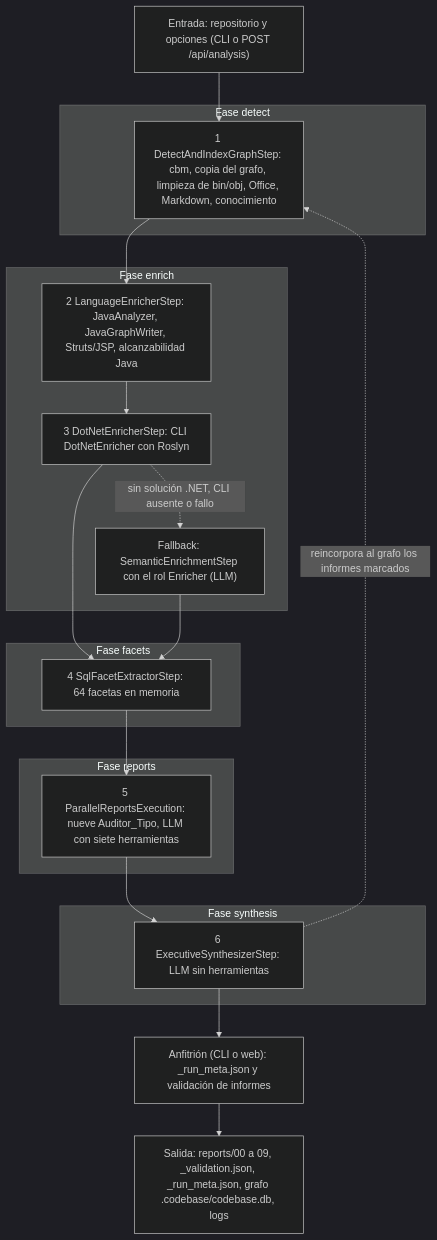
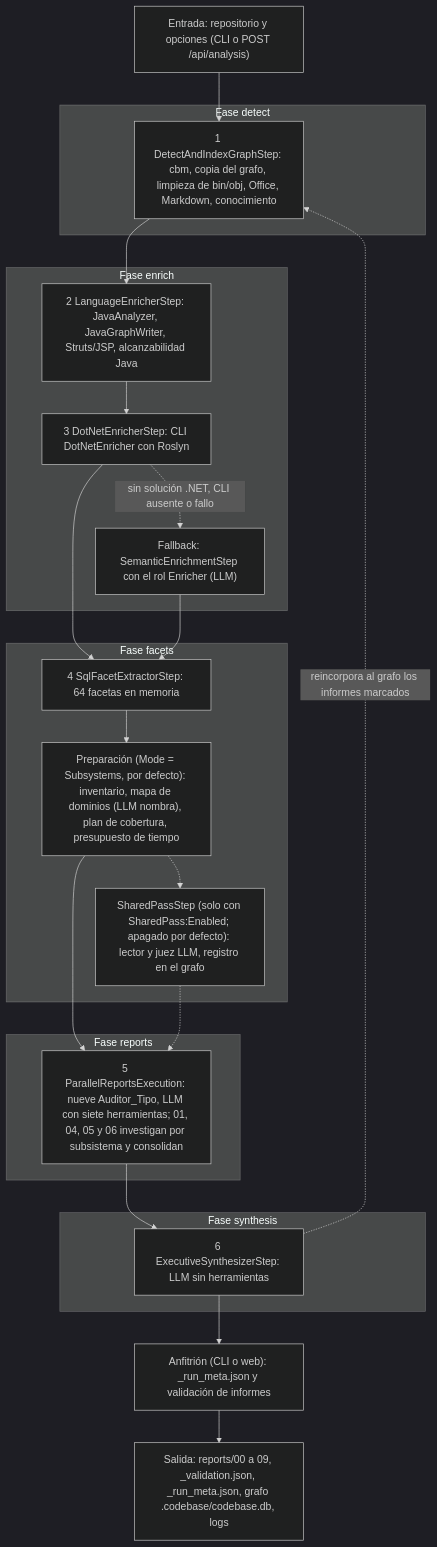
Before and after one commit to jlrozano/AITaskAgent: the diagram in docs/guides/flujo-completo-app-analisis.md, drawn with Mermaid (dark theme). The commit also changed other lines of this file and 87 other files, not shown here.

First line of the commit message:
docs: bring guides, references, READMEs and diagrams in line with the code

````diff
--- a/docs/guides/flujo-completo-app-analisis.md
+++ b/docs/guides/flujo-completo-app-analisis.md
@@ -16,29 +16,35 @@
 ```mermaid
 flowchart TD
     entrada["Entrada: repositorio y opciones (CLI o POST /api/analysis)"]
     subgraph detect["Fase detect"]
         s1["1 DetectAndIndexGraphStep: cbm, copia del grafo, limpieza de bin/obj, Office, Markdown, conocimiento"]
     end
     subgraph enrich["Fase enrich"]
         s2["2 LanguageEnricherStep: JavaAnalyzer, JavaGraphWriter, Struts/JSP, alcanzabilidad Java"]
         s3["3 DotNetEnricherStep: CLI DotNetEnricher con Roslyn"]
         s3b["Fallback: SemanticEnrichmentStep con el rol Enricher (LLM)"]
     end
     subgraph facets["Fase facets"]
         s4["4 SqlFacetExtractorStep: 64 facetas en memoria"]
+        p1["Preparación (Mode = Subsystems, por defecto): inventario, mapa de dominios (LLM nombra), plan de cobertura, presupuesto de tiempo"]
+        sp["SharedPassStep (solo con SharedPass:Enabled; apagado por defecto): lector y juez LLM, registro en el grafo"]
     end
     subgraph reports["Fase reports"]
-        s5["5 ParallelReportsExecution: nueve Auditor_Tipo, LLM con siete herramientas"]
+        s5["5 ParallelReportsExecution: nueve Auditor_Tipo, LLM con siete herramientas; 01, 04, 05 y 06 investigan por subsistema y consolidan"]
     end
     subgraph synthesis["Fase synthesis"]
         s6["6 ExecutiveSynthesizerStep: LLM sin herramientas"]
     end
     host["Anfitrión (CLI o web): _run_meta.json y validación de informes"]
     salida["Salida: reports/00 a 09, _validation.json, _run_meta.json, grafo .codebase/codebase.db, logs"]
     entrada --> s1 --> s2 --> s3
     s3 -. "sin solución .NET, CLI ausente o fallo" .-> s3b
     s3 --> s4
     s3b --> s4
-    s4 --> s5 --> s6 --> host --> salida
+    s4 --> p1
+    p1 -.-> sp
+    p1 --> s5
+    sp -.-> s5
+    s5 --> s6 --> host --> salida
     s6 -. "reincorpora al grafo los informes marcados" .-> s1
 ```
````
